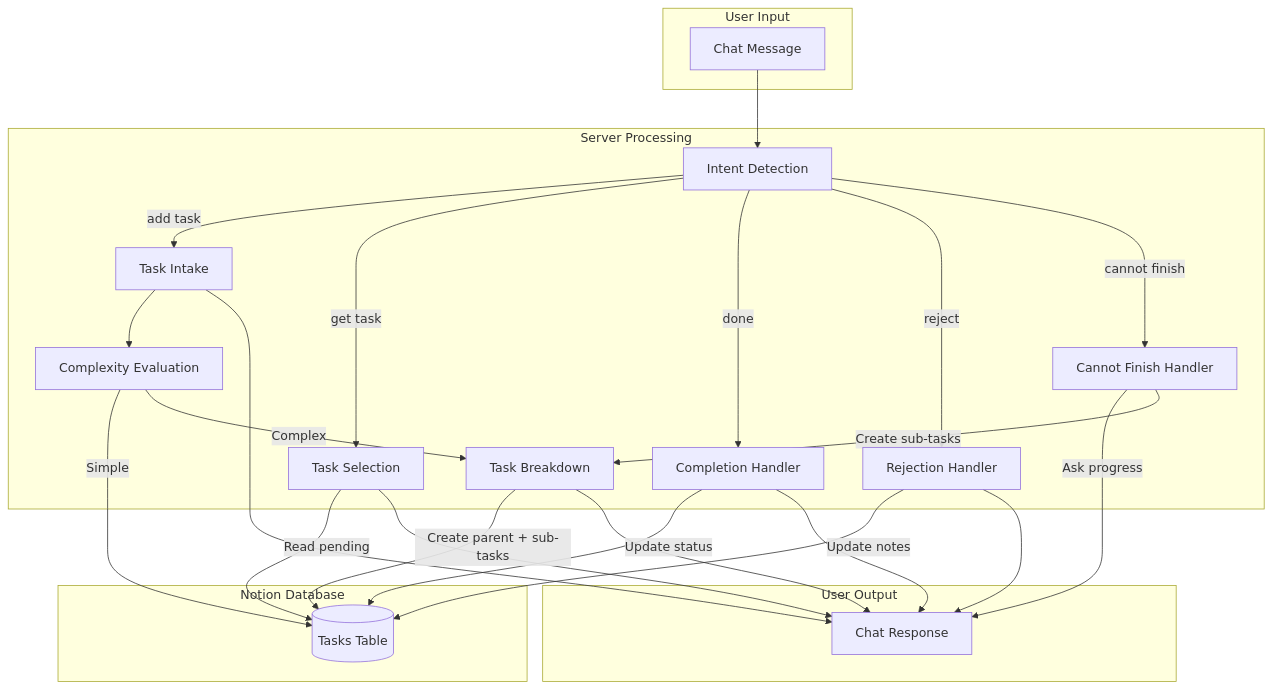
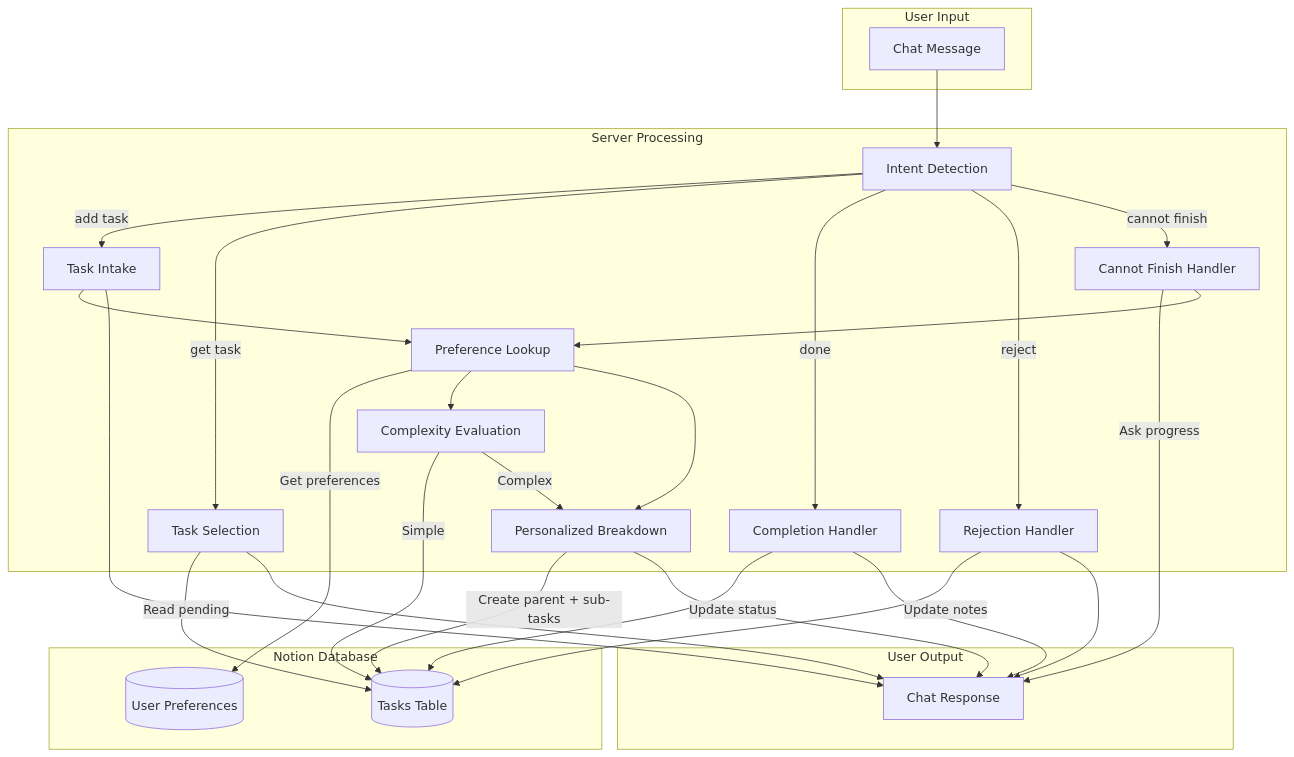
One commit to NickBorgers/hide-my-list changed the fifth of 6 diagrams in docs/architecture.md. Above: the diagram before and after it, drawn with Mermaid. The commit also changed other lines of this file and 4 other files, not shown here.

First line of the commit message:
Add user preferences system for personalized task breakdowns

````diff
--- a/docs/architecture.md
+++ b/docs/architecture.md
@@ -197,50 +214,55 @@
 ```mermaid
 flowchart TD
     subgraph Input["User Input"]
         Msg[Chat Message]
     end
 
     subgraph Processing["Server Processing"]
         Intent[Intent Detection]
         Intake[Task Intake]
+        PrefLookup[Preference Lookup]
         Complexity[Complexity Evaluation]
-        Breakdown[Task Breakdown]
+        Breakdown[Personalized Breakdown]
         Select[Task Selection]
         Complete[Completion Handler]
         Reject[Rejection Handler]
         CannotFinish[Cannot Finish Handler]
     end
 
     subgraph Storage["Notion Database"]
         DB[(Tasks Table)]
+        Prefs[(User Preferences)]
     end
 
     subgraph Output["User Output"]
         Response[Chat Response]
     end
 
     Msg --> Intent
     Intent -->|"add task"| Intake
     Intent -->|"get task"| Select
     Intent -->|"done"| Complete
     Intent -->|"reject"| Reject
     Intent -->|"cannot finish"| CannotFinish
 
-    Intake --> Complexity
+    Intake --> PrefLookup
+    PrefLookup -->|Get preferences| Prefs
+    PrefLookup --> Complexity
     Complexity -->|Simple| DB
     Complexity -->|Complex| Breakdown
     Breakdown -->|Create parent + sub-tasks| DB
 
     Select -->|Read pending| DB
     Complete -->|Update status| DB
     Reject -->|Update notes| DB
 
     CannotFinish -->|Ask progress| Response
-    CannotFinish -->|Create sub-tasks| Breakdown
+    CannotFinish --> PrefLookup
+    PrefLookup --> Breakdown
 
     Intake --> Response
     Select --> Response
     Complete --> Response
     Reject --> Response
     Breakdown --> Response
 ```
````
